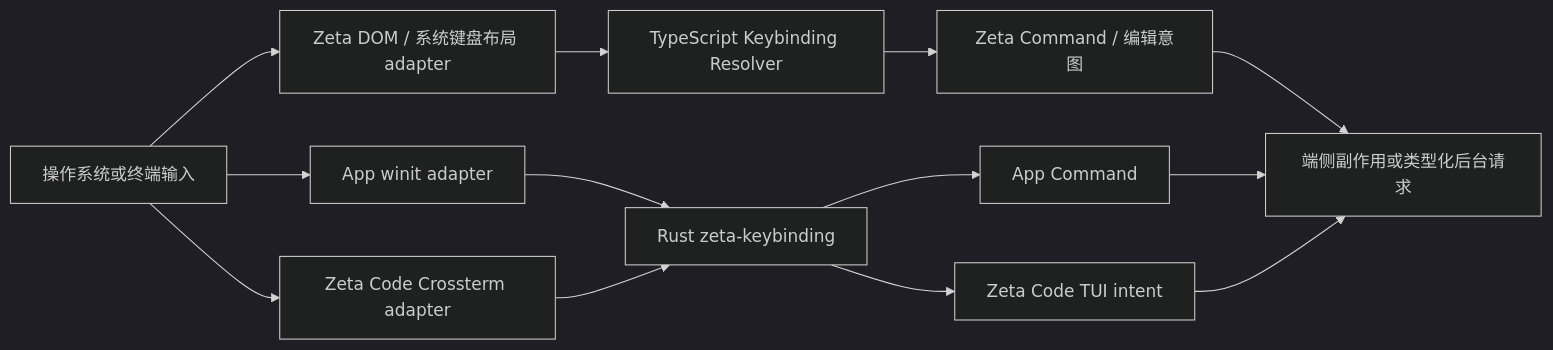
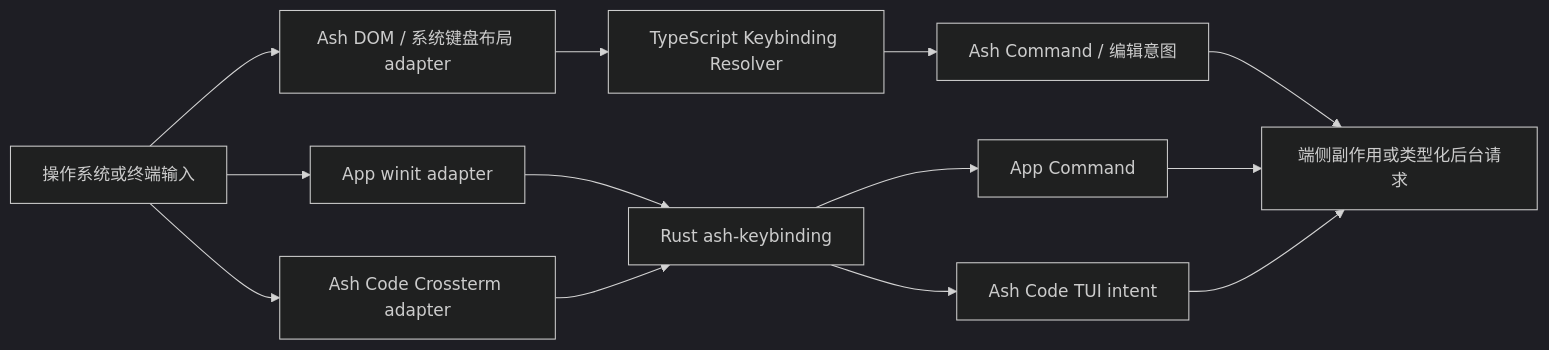
The diagram in docs/keybindings.md (chogng/zeta), drawn with Mermaid (dark theme) before and after one commit. The commit also changed other lines of this file and 7718 other files, not shown here.

Commit message:
refactor: rename zeta to ash

````diff
--- a/docs/keybindings.md
+++ b/docs/keybindings.md
@@ -35,15 +35,15 @@
 ```mermaid
 flowchart LR
-    OS[操作系统或终端输入] --> ZA[Zeta DOM / 系统键盘布局 adapter]
+    OS[操作系统或终端输入] --> ZA[Ash DOM / 系统键盘布局 adapter]
     OS --> ZTA[App winit adapter]
-    OS --> ZCA[Zeta Code Crossterm adapter]
+    OS --> ZCA[Ash Code Crossterm adapter]
     ZA --> ZTS[TypeScript Keybinding Resolver]
-    ZTA --> RK[Rust zeta-keybinding]
+    ZTA --> RK[Rust ash-keybinding]
     ZCA --> RK
-    ZTS --> ZM[Zeta Command / 编辑意图]
+    ZTS --> ZM[Ash Command / 编辑意图]
     RK --> ZTM[App Command]
-    RK --> ZCM[Zeta Code TUI intent]
+    RK --> ZCM[Ash Code TUI intent]
     ZM --> EFFECT[端侧副作用或类型化后台请求]
     ZTM --> EFFECT
     ZCM --> EFFECT
 ```
````
